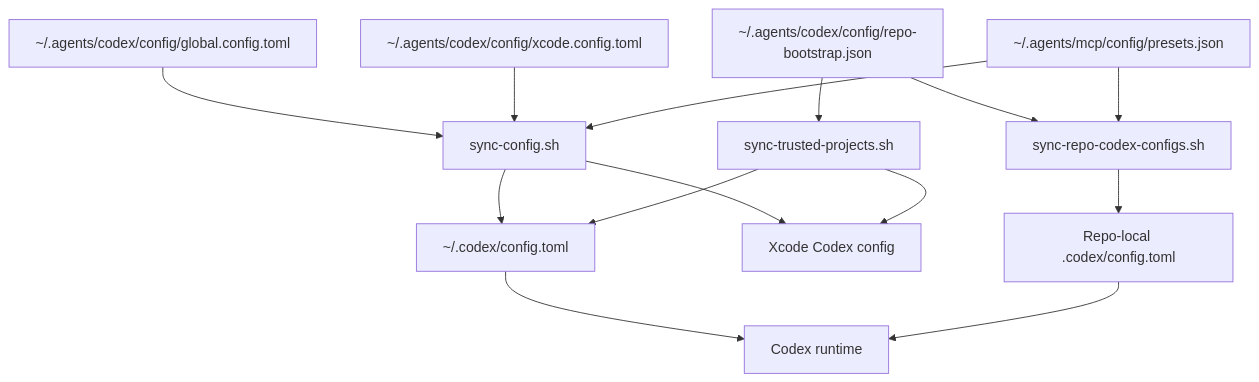
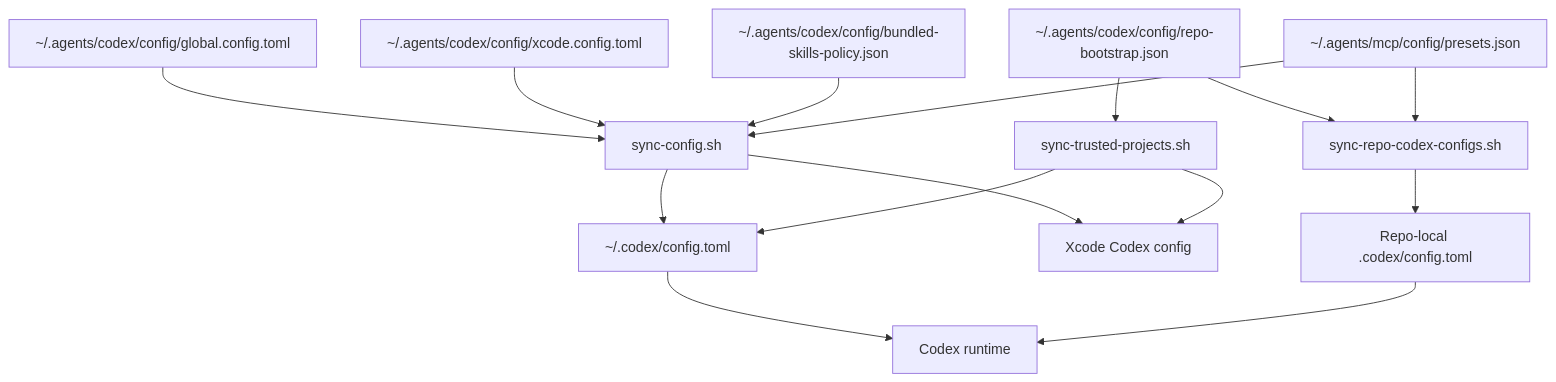
The diagram in docs/architecture/codex-config-layers.md (wisdom-in-a-nutshell/.agents), drawn with Mermaid before and after one commit. The commit also changed other lines of this file and 12 other files, not shown here.

````diff
--- a/docs/architecture/codex-config-layers.md
+++ b/docs/architecture/codex-config-layers.md
@@ -9,28 +9,30 @@
 ```mermaid
 flowchart TD
     A[~/.agents/codex/config/global.config.toml]
     B[~/.agents/codex/config/xcode.config.toml]
     C[~/.agents/codex/config/repo-bootstrap.json]
     D[~/.agents/mcp/config/presets.json]
+    L[~/.agents/codex/config/bundled-skills-policy.json]
     E[sync-trusted-projects.sh]
     F[sync-repo-codex-configs.sh]
     K[sync-config.sh]
     G[~/.codex/config.toml]
     H[Xcode Codex config]
     I[Repo-local .codex/config.toml]
     J[Codex runtime]
 
     A --> K
     B --> K
+    L --> K
     C --> E
     C --> F
     D --> K
     D --> F
     K --> G
     K --> H
     E --> G
     E --> H
     F --> I
     G --> J
     I --> J
 ```
````
